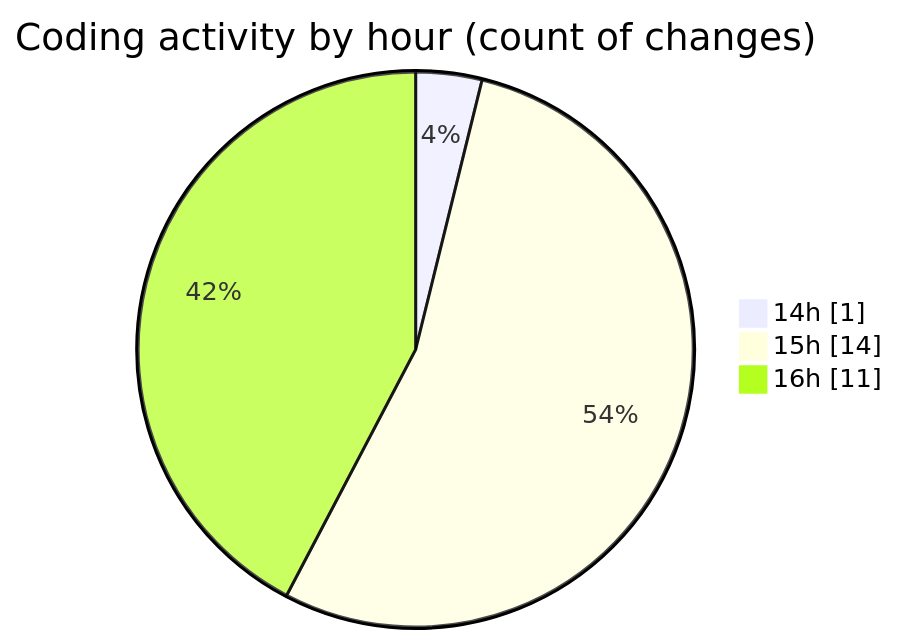
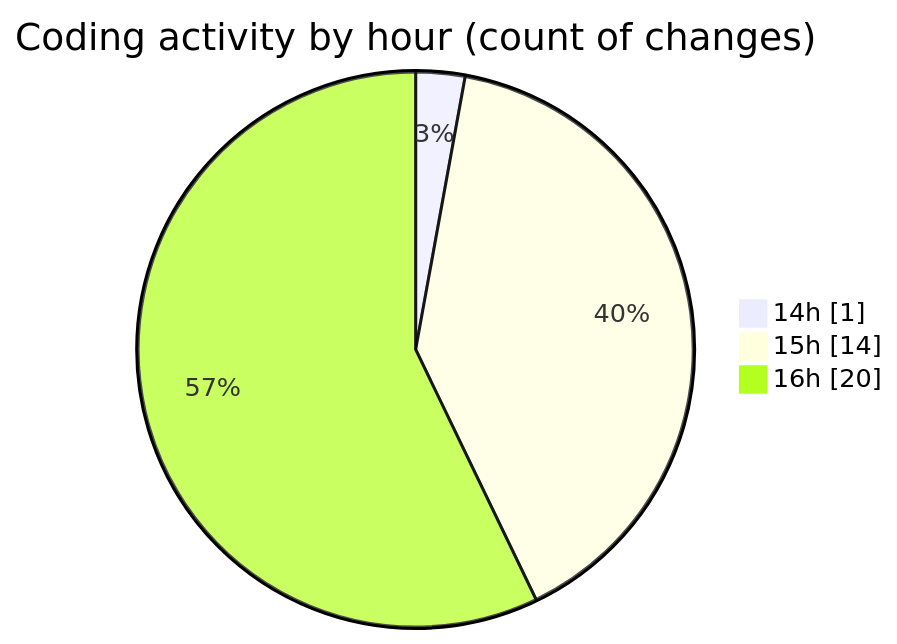
The second of 2 diagrams in 2025-05-12/argos-dev/README.md (nxtqubesakshisongat/code-tracking), drawn with Mermaid before and after one commit. The commit also changed other lines of this file and 1 other file, not shown here.

````diff
--- a/2025-05-12/argos-dev/README.md
+++ b/2025-05-12/argos-dev/README.md
@@ -30,7 +31,7 @@
 ```mermaid
 pie showData
 title Coding activity by hour (count of changes)
 "14h" : 1
 "15h" : 14
-"16h" : 11
+"16h" : 20
 ```
````
